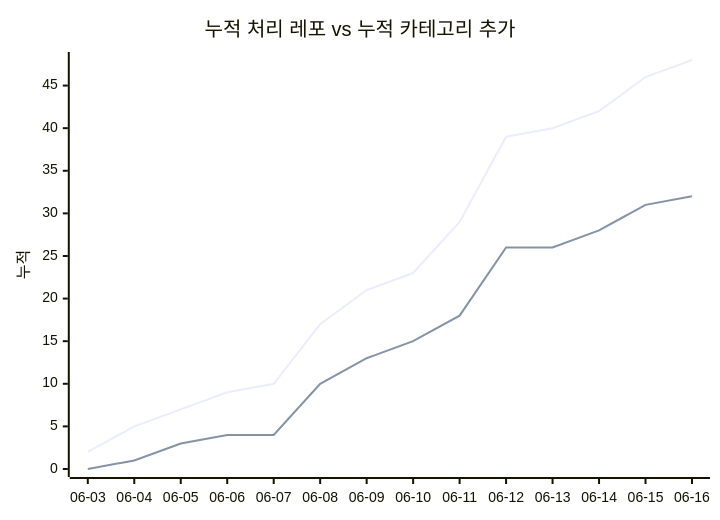
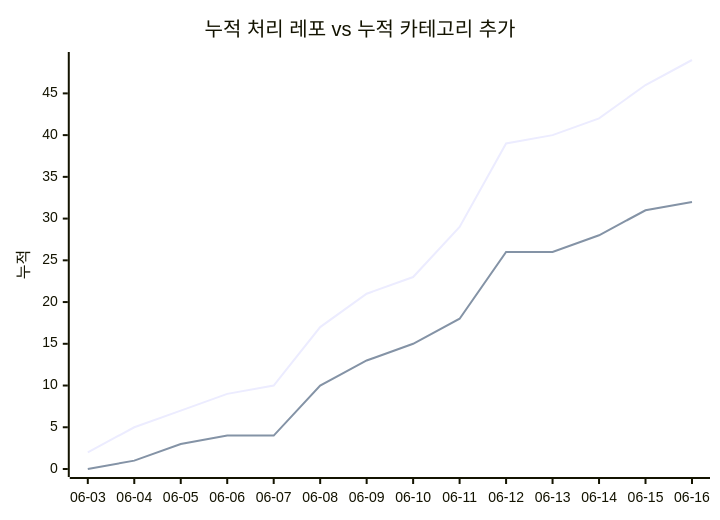
Before and after one commit to J-nowcow/awesome-korean-agent-skills: the second of 2 diagrams in docs/trends.md, drawn with Mermaid. The commit also changed other lines of this file and 2 other files, not shown here.

````diff
--- a/docs/trends.md
+++ b/docs/trends.md
@@ -68,8 +68,8 @@
 ```mermaid
 xychart-beta
     title "누적 처리 레포 vs 누적 카테고리 추가"
     x-axis ["06-03","06-04","06-05","06-06","06-07","06-08","06-09","06-10","06-11","06-12","06-13","06-14","06-15","06-16"]
     y-axis "누적"
-    line [2,5,7,9,10,17,21,23,29,39,40,42,46,48]
+    line [2,5,7,9,10,17,21,23,29,39,40,42,46,49]
     line [0,1,3,4,4,10,13,15,18,26,26,28,31,32]
 ```
````
